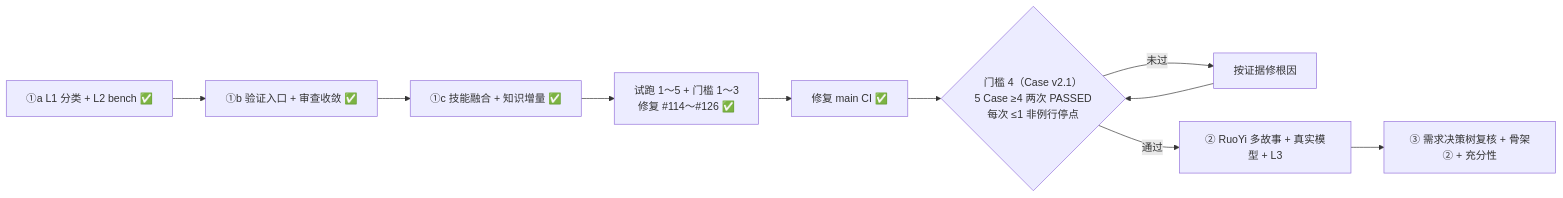
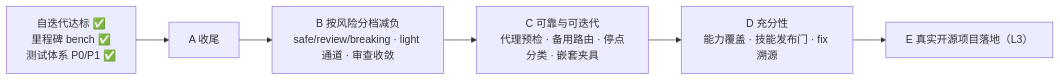
The diagram in docs/roadmap.md (jinlin725168-ai/storyloop), drawn with Mermaid before and after one commit. The commit also changed other lines of this file and 1 other file, not shown here.

First line of the commit message:
docs(roadmap): 记录自迭代与里程碑评测，按风险分档减负重排路线 (#170)

````diff
--- a/docs/roadmap.md
+++ b/docs/roadmap.md
@@ -81,11 +91,8 @@
 ```mermaid
 flowchart LR
-    A["①a L1 分类 + L2 bench ✅"] --> B["①b 验证入口 + 审查收敛 ✅"]
-    B --> C["①c 技能融合 + 知识增量 ✅"]
-    C --> P["试跑 1～5 + 门槛 1～3<br/>修复 #114～#126 ✅"]
-    P --> CI["修复 main CI ✅"]
-    CI --> G{"门槛 4（Case v2.1）<br/>5 Case ≥4 两次 PASSED<br/>每次 ≤1 非例行停点"}
-    G -->|未过| F["按证据修根因"] --> G
-    G -->|通过| X["② RuoYi 多故事 + 真实模型 + L3"]
-    X --> Y["③ 需求决策树复核 + 骨架② + 充分性"]
+    S["自迭代达标 ✅<br/>里程碑 bench ✅<br/>测试体系 P0/P1 ✅"] --> A["A 收尾"]
+    A --> B["B 按风险分档减负<br/>safe/review/breaking · light 通道 · 审查收敛"]
+    B --> C["C 可靠与可迭代<br/>代理预检 · 备用路由 · 停点分类 · 嵌套夹具"]
+    C --> D["D 充分性<br/>能力覆盖 · 技能发布门 · fix 溯源"]
+    D --> E["E 真实开源项目落地（L3）"]
 ```
````
